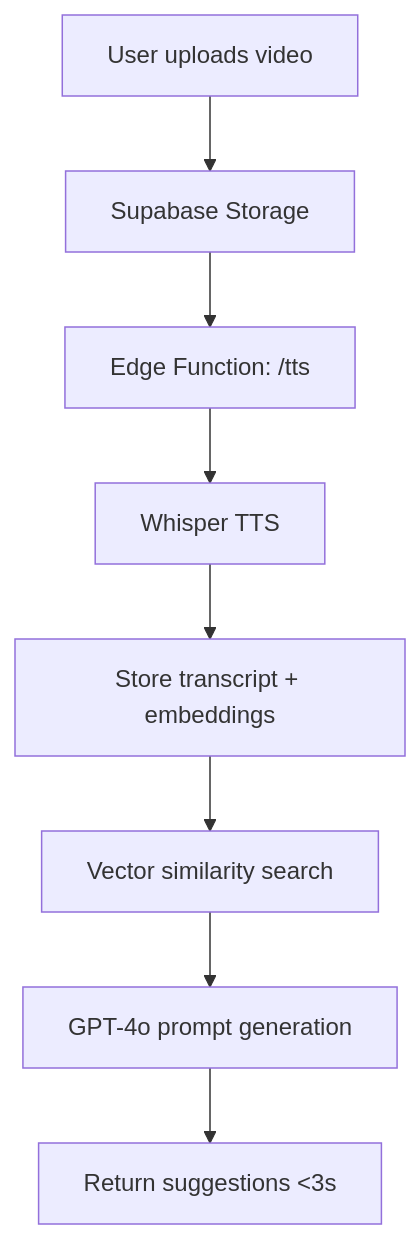
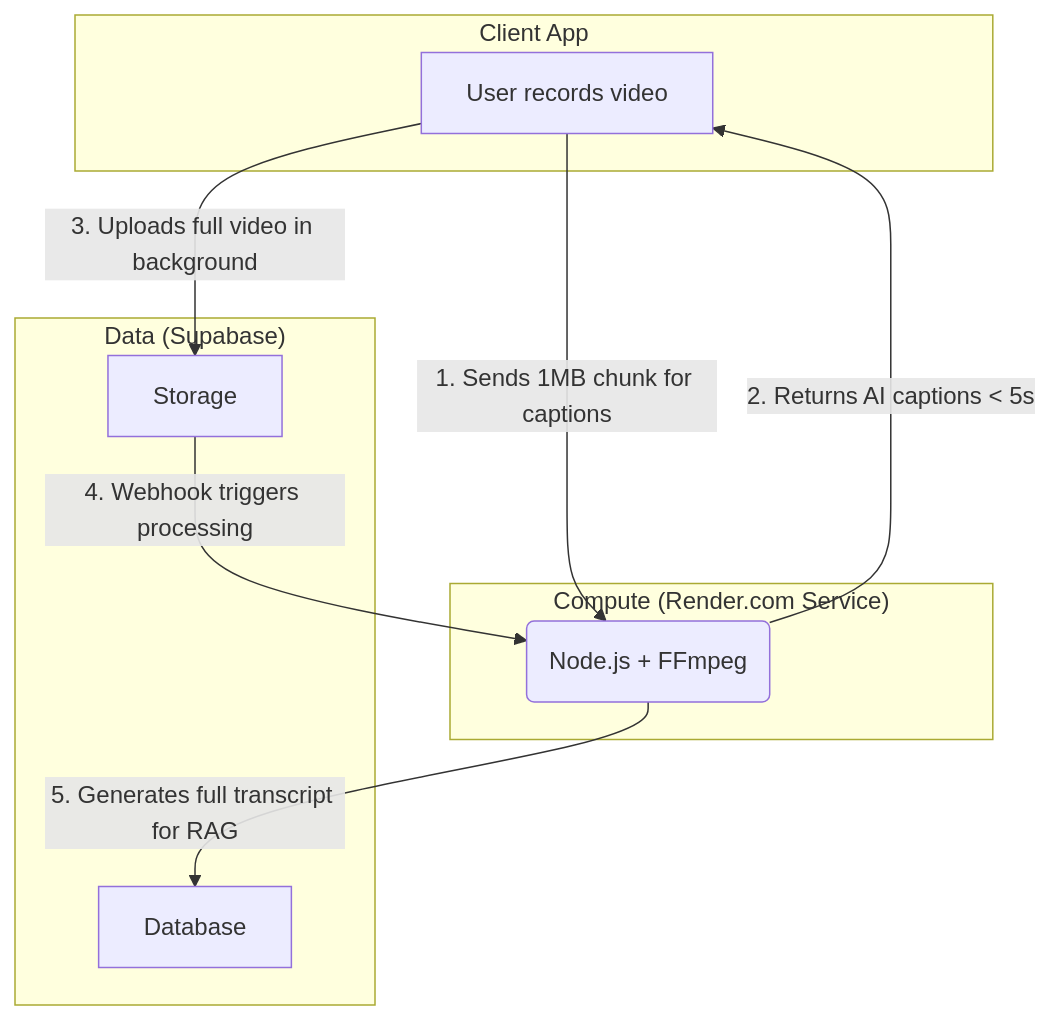
One commit to baibhavbista/gai-wednesday-waffle changed the diagram in README.md. Above: the diagram before and after it, drawn with Mermaid. The commit also changed other lines of this file and 6 other files, not shown here.

Commit message:
initial setup for render.com backend (for ffmpeg)

````diff
--- a/README.md
+++ b/README.md
@@ -179,10 +184,21 @@
 ```mermaid
 graph TD
-    A[User uploads video] --> B[Supabase Storage]
-    B --> C[Edge Function: /tts]
-    C --> D[Whisper TTS]
-    D --> E[Store transcript + embeddings]
-    E --> F[Vector similarity search]
-    F --> G[GPT-4o prompt generation]
-    G --> H[Return suggestions <3s]
+    subgraph "Client App"
+        A[User records video]
+    end
+
+    subgraph "Compute (Render.com Service)"
+        C(Node.js + FFmpeg)
+    end
+
+    subgraph "Data (Supabase)"
+        D[Storage]
+        E[Database]
+    end
+
+    A -- "1. Sends 1MB chunk for captions" --> C
+    C -- "2. Returns AI captions < 5s" --> A
+    A -- "3. Uploads full video in background" --> D
+    D -- "4. Webhook triggers processing" --> C
+    C -- "5. Generates full transcript for RAG" --> E
 ```
````
